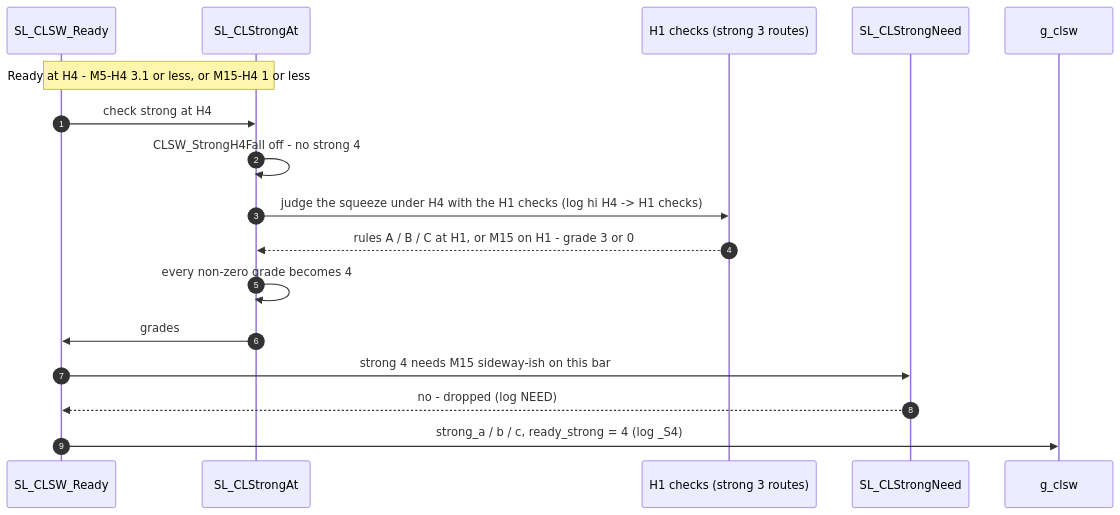
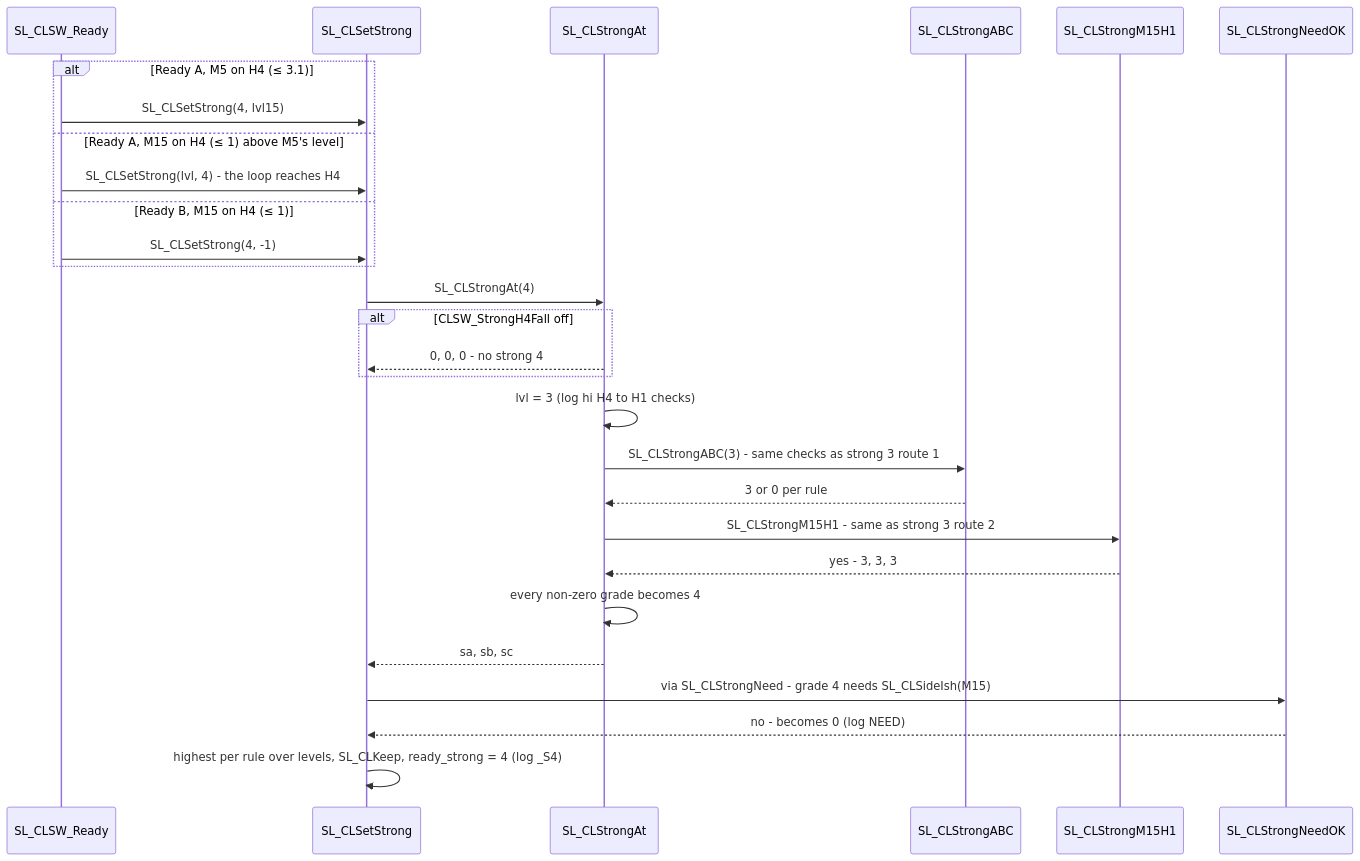
Before and after one commit to Terrypang89/BB_MTF_M15_STRATEGY: the sixth of 14 diagrams in references/CLSW_BreakoutV3_Requirements_Architecture.md, drawn with Mermaid. The commit also changed other lines of this file, not shown here.

Commit message:
update CLSW_BreakoutV3 with more detail of sequence diagram and strong function

````diff
--- a/references/CLSW_BreakoutV3_Requirements_Architecture.md
+++ b/references/CLSW_BreakoutV3_Requirements_Architecture.md
@@ -327,20 +365,31 @@
 ```mermaid
 sequenceDiagram
-    autonumber
     participant RDY as SL_CLSW_Ready
+    participant SET as SL_CLSetStrong
     participant AT as SL_CLStrongAt
-    participant H1 as H1 checks (strong 3 routes)
-    participant NEED as SL_CLStrongNeed
-    participant G as g_clsw
+    participant ABC as SL_CLStrongABC
+    participant M1 as SL_CLStrongM15H1
+    participant NEED as SL_CLStrongNeedOK
 
-    Note over RDY,AT: Ready at H4 - M5-H4 3.1 or less, or M15-H4 1 or less
-    RDY->>AT: check strong at H4
-    AT->>AT: CLSW_StrongH4Fall off - no strong 4
-    AT->>H1: judge the squeeze under H4 with the H1 checks (log hi H4 -> H1 checks)
-    H1-->>AT: rules A / B / C at H1, or M15 on H1 - grade 3 or 0
+    alt Ready A, M5 on H4 (≤ 3.1)
+        RDY->>SET: SL_CLSetStrong(4, lvl15)
+    else Ready A, M15 on H4 (≤ 1) above M5's level
+        RDY->>SET: SL_CLSetStrong(lvl, 4) - the loop reaches H4
+    else Ready B, M15 on H4 (≤ 1)
+        RDY->>SET: SL_CLSetStrong(4, -1)
+    end
+    SET->>AT: SL_CLStrongAt(4)
+    alt CLSW_StrongH4Fall off
+        AT-->>SET: 0, 0, 0 - no strong 4
+    end
+    AT->>AT: lvl = 3 (log hi H4 to H1 checks)
+    AT->>ABC: SL_CLStrongABC(3) - same checks as strong 3 route 1
+    ABC-->>AT: 3 or 0 per rule
+    AT->>M1: SL_CLStrongM15H1 - same as strong 3 route 2
+    M1-->>AT: yes - 3, 3, 3
     AT->>AT: every non-zero grade becomes 4
-    AT->>RDY: grades
-    RDY->>NEED: strong 4 needs M15 sideway-ish on this bar
-    NEED-->>RDY: no - dropped (log NEED)
-    RDY->>G: strong_a / b / c, ready_strong = 4 (log _S4)
+    AT-->>SET: sa, sb, sc
+    SET->>NEED: via SL_CLStrongNeed - grade 4 needs SL_CLSideIsh(M15)
+    NEED-->>SET: no - becomes 0 (log NEED)
+    SET->>SET: highest per rule over levels, SL_CLKeep, ready_strong = 4 (log _S4)
 ```
````
